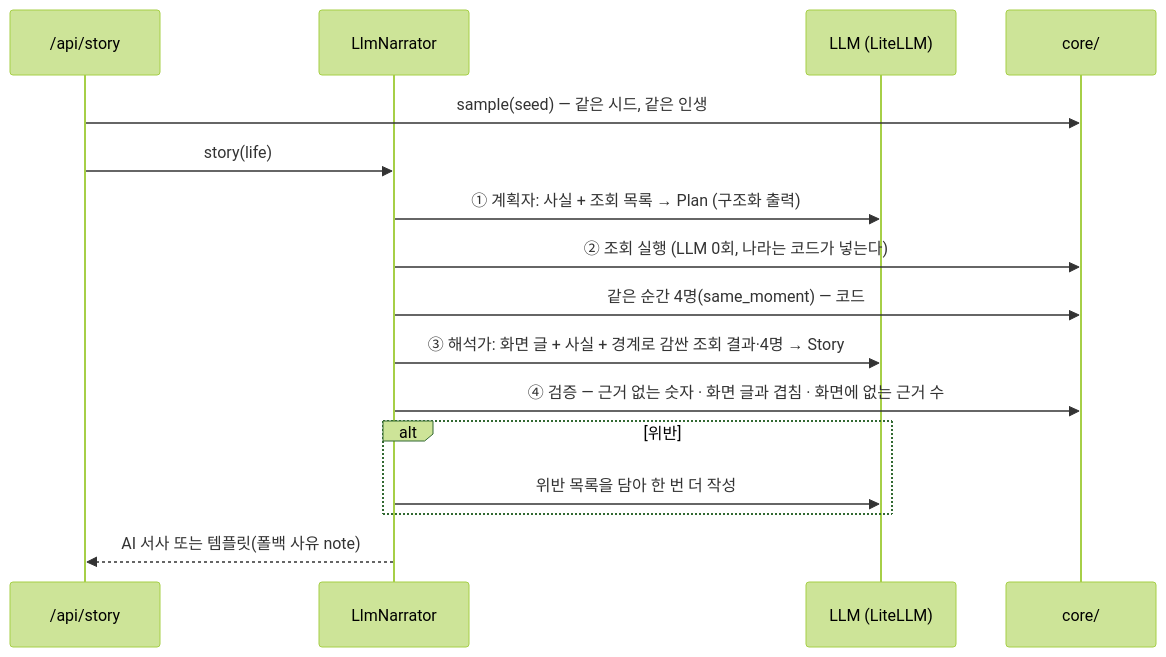
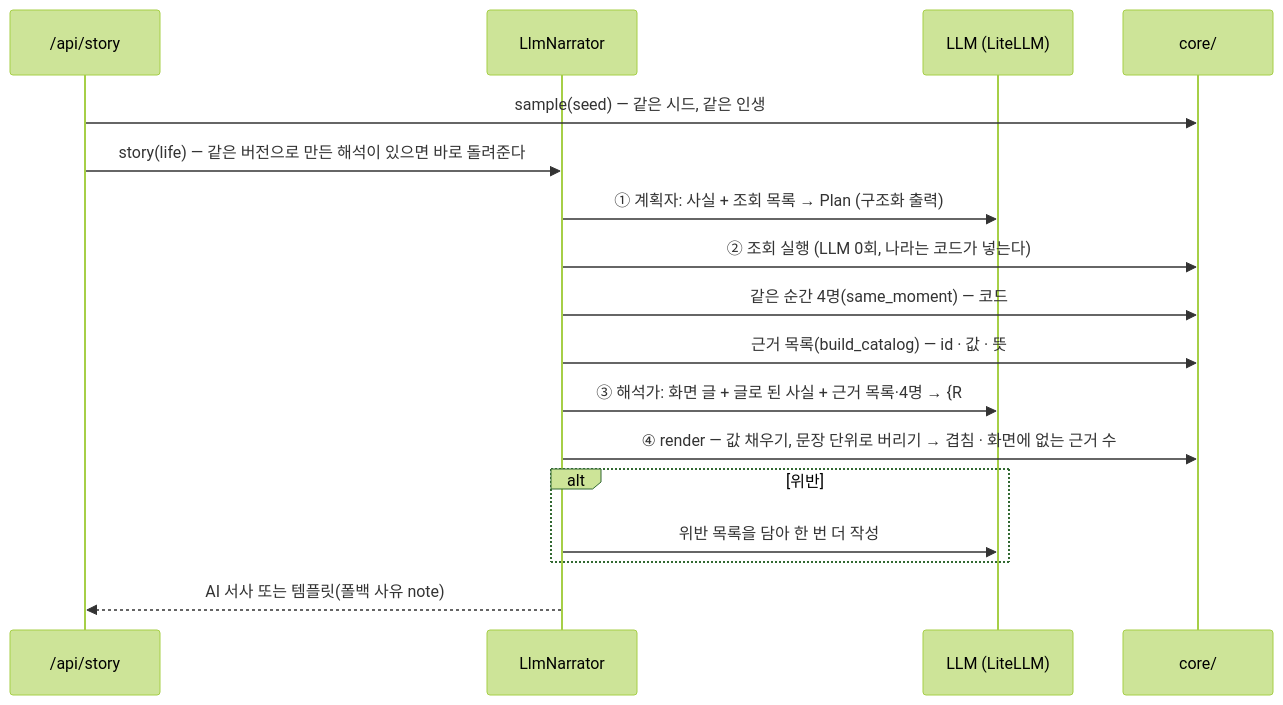
Before and after one commit to wallaby150/ai_service_engineering-track_a: the second of 2 diagrams in docs/architecture.md, drawn with Mermaid (forest theme). The commit also changed other lines of this file and 8 other files, not shown here.

````diff
--- a/docs/architecture.md
+++ b/docs/architecture.md
@@ -70,18 +78,19 @@
 ```mermaid
 sequenceDiagram
   participant API as /api/story
   participant N as LlmNarrator
   participant M as LLM (LiteLLM)
   participant C as core/
   API->>C: sample(seed) — 같은 시드, 같은 인생
-  API->>N: story(life)
+  API->>N: story(life) — 같은 버전으로 만든 해석이 있으면 바로 돌려준다
   N->>M: ① 계획자: 사실 + 조회 목록 → Plan (구조화 출력)
   N->>C: ② 조회 실행 (LLM 0회, 나라는 코드가 넣는다)
   N->>C: 같은 순간 4명(same_moment) — 코드
-  N->>M: ③ 해석가: 화면 글 + 사실 + 경계로 감싼 조회 결과·4명 → Story
-  N->>C: ④ 검증 — 근거 없는 숫자 · 화면 글과 겹침 · 화면에 없는 근거 수
+  N->>C: 근거 목록(build_catalog) — id · 값 · 뜻
+  N->>M: ③ 해석가: 화면 글 + 글로 된 사실 + 근거 목록·4명 → {R#}로 가리킨 Story
+  N->>C: ④ render — 값 채우기, 문장 단위로 버리기 → 겹침 · 화면에 없는 근거 수
   alt 위반
     N->>M: 위반 목록을 담아 한 번 더 작성
   end
   N-->>API: AI 서사 또는 템플릿(폴백 사유 note)
 ```
````
